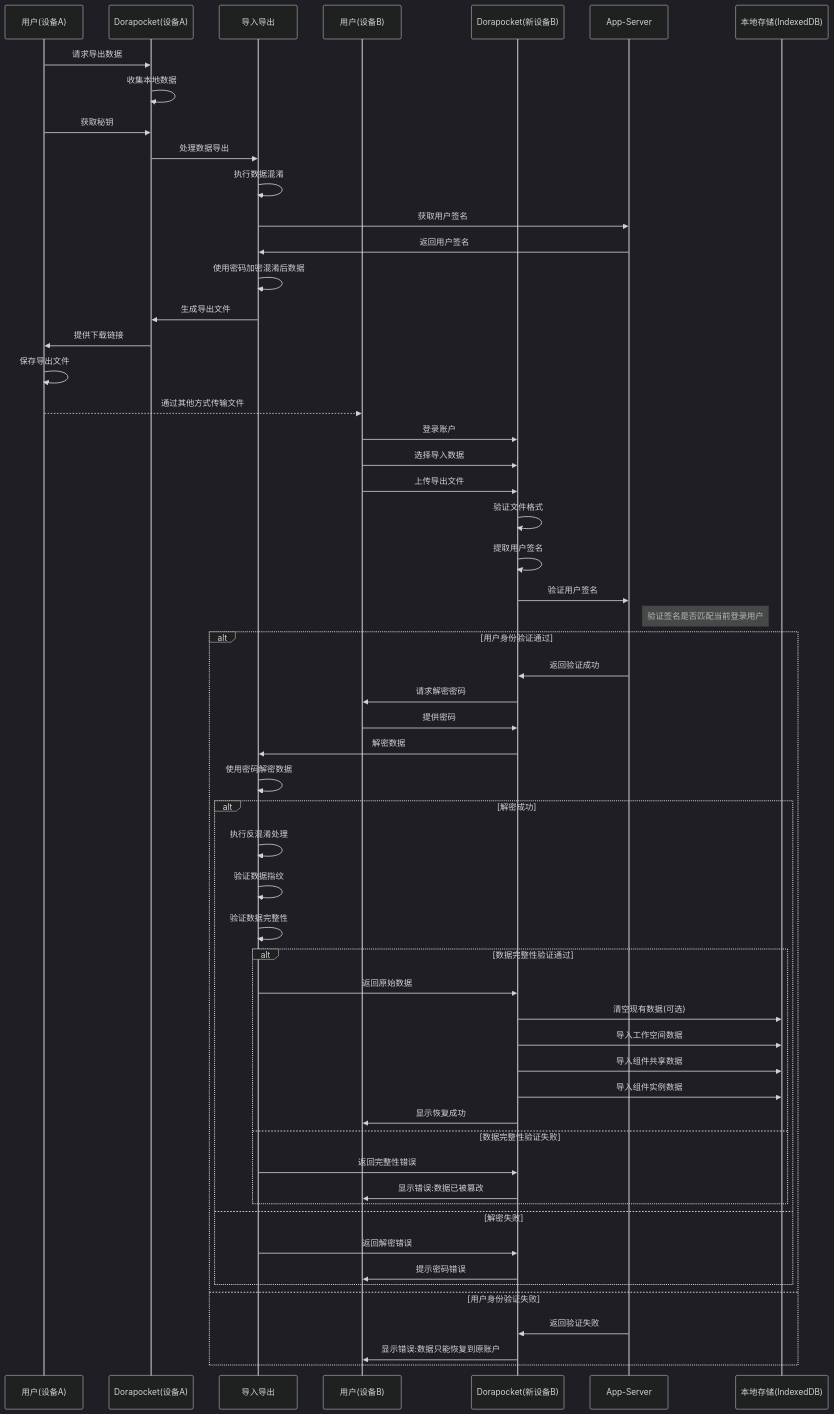
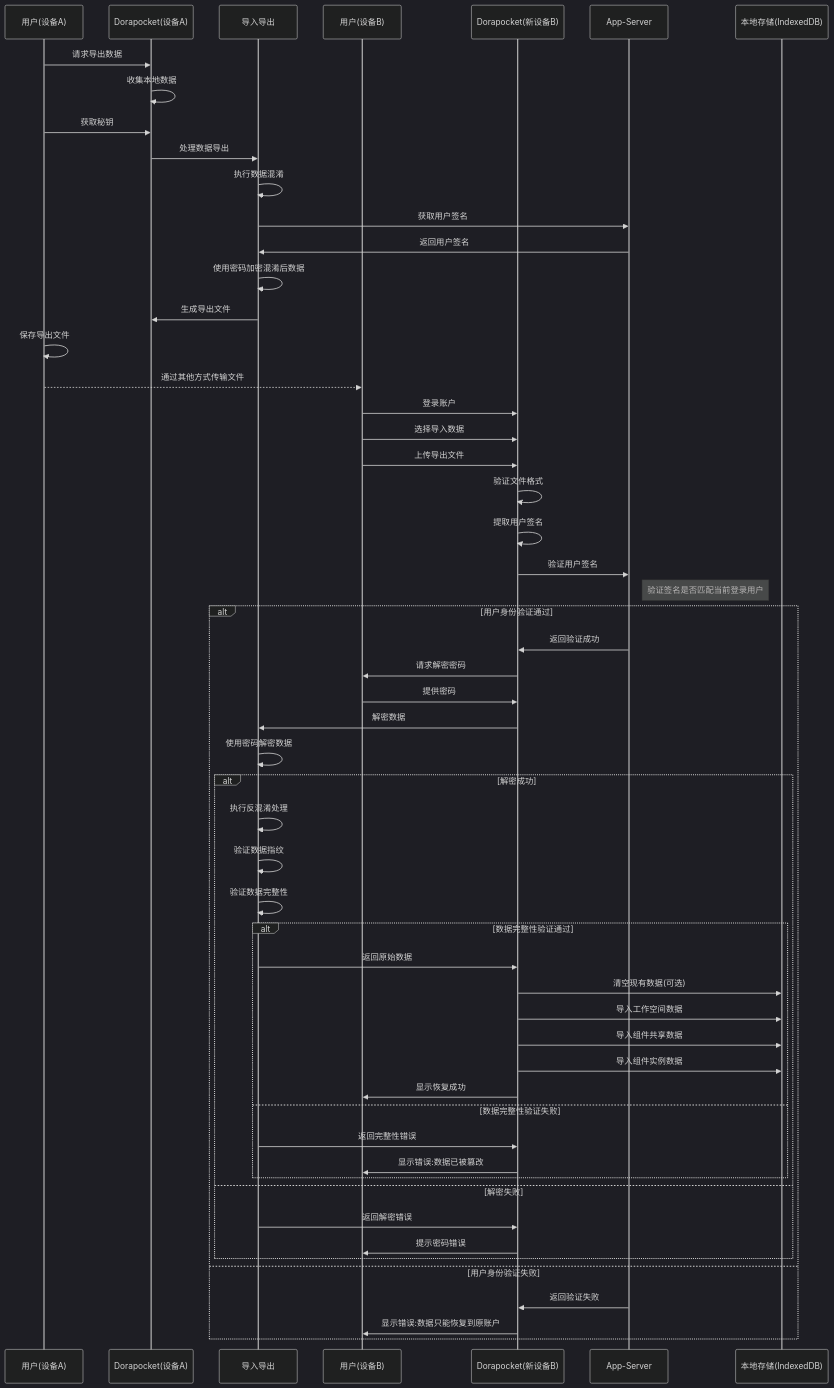
The diagram in all/未命名-34.md (yingjianzh/iodraw-files), drawn with Mermaid (dark theme) before and after one commit.

Commit message:
2025-04-17 16:54:19 update

````diff
--- a/all/未命名-34.md
+++ b/all/未命名-34.md
@@ -1,73 +1,71 @@
 ```mermaid
 sequenceDiagram
     participant UserOld as 用户(设备A)
     participant AppOld as Dorapocket(设备A)
     participant Security as 导入导出
     participant UserNew as 用户(设备B)
     participant AppNew as Dorapocket(新设备B)
     participant AppServer as App-Server
     participant LocalDB as 本地存储(IndexedDB)
     
     %% 导出流程
     UserOld->>AppOld: 请求导出数据
     AppOld->>AppOld: 收集本地数据
     UserOld->>AppOld: 获取秘钥
     
     AppOld->>Security: 处理数据导出
     Security->>Security: 执行数据混淆
     Security->>AppServer: 获取用户签名
     AppServer->>Security: 返回用户签名
     Security->>Security: 使用密码加密混淆后数据
-    
+    Security->>AppOld: 生成导出文件
 
-    Security->>AppOld: 生成导出文件
-    AppOld->>UserOld: 提供下载链接
     UserOld->>UserOld: 保存导出文件
     
     %% 传输文件(由用户完成)
     UserOld-->>UserNew: 通过其他方式传输文件
     
     %% 恢复流程
     UserNew->>AppNew: 登录账户
     UserNew->>AppNew: 选择导入数据
     UserNew->>AppNew: 上传导出文件
     
     AppNew->>AppNew: 验证文件格式
     AppNew->>AppNew: 提取用户签名
     
     AppNew->>AppServer: 验证用户签名
     note right of AppServer: 验证签名是否匹配当前登录用户
     
     alt 用户身份验证通过
         AppServer->>AppNew: 返回验证成功
         AppNew->>UserNew: 请求解密密码
         UserNew->>AppNew: 提供密码
         
         AppNew->>Security: 解密数据
         Security->>Security: 使用密码解密数据
         
         alt 解密成功
             Security->>Security: 执行反混淆处理
             Security->>Security: 验证数据指纹
             Security->>Security: 验证数据完整性
             
             alt 数据完整性验证通过
                 Security->>AppNew: 返回原始数据
                 AppNew->>LocalDB: 清空现有数据(可选)
                 AppNew->>LocalDB: 导入工作空间数据
                 AppNew->>LocalDB: 导入组件共享数据
                 AppNew->>LocalDB: 导入组件实例数据
                 AppNew->>UserNew: 显示恢复成功
             else 数据完整性验证失败
                 Security->>AppNew: 返回完整性错误
                 AppNew->>UserNew: 显示错误:数据已被篡改
             end
         else 解密失败
             Security->>AppNew: 返回解密错误
             AppNew->>UserNew: 提示密码错误
         end
     else 用户身份验证失败
         AppServer->>AppNew: 返回验证失败
         AppNew->>UserNew: 显示错误:数据只能恢复到原账户
     end
 ```
````
